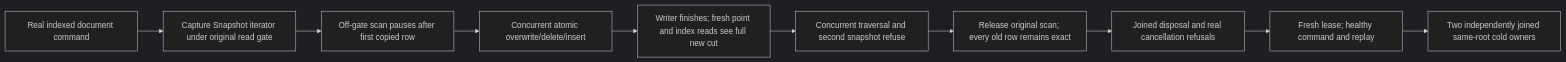
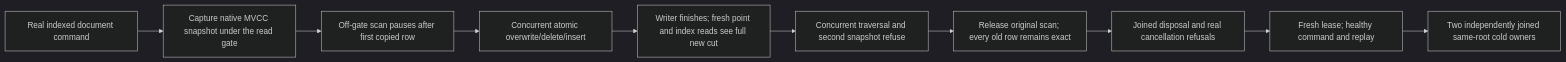
The diagram in docs/Features/StorageRecovery/TransactionalReadViewOperation.md (managedcode/KeyLoad), drawn with Mermaid (dark theme) before and after one commit. The commit also changed 58 other files, not shown here.

First line of the commit message:
Adopt native ZoneTree MVCC and refresh published packages

````diff
--- a/docs/Features/StorageRecovery/TransactionalReadViewOperation.md
+++ b/docs/Features/StorageRecovery/TransactionalReadViewOperation.md
@@ -5,12 +5,12 @@
 ```mermaid
 flowchart LR
- Seed[Real indexed document command] --> Snapshot[Capture Snapshot iterator under original read gate]
+ Seed[Real indexed document command] --> Snapshot[Capture native MVCC snapshot under the read gate]
  Snapshot --> Hold[Off-gate scan pauses after first copied row]
  Hold --> Writer[Concurrent atomic overwrite/delete/insert]
  Writer --> Current[Writer finishes; fresh point and index reads see full new cut]
  Current --> Refuse[Concurrent traversal and second snapshot refuse]
  Refuse --> Resume[Release original scan; every old row remains exact]
  Resume --> Cancel[Joined disposal and real cancellation refusals]
  Cancel --> Healthy[Fresh lease; healthy command and replay]
  Healthy --> Cold[Two independently joined same-root cold owners]
 ```
````
